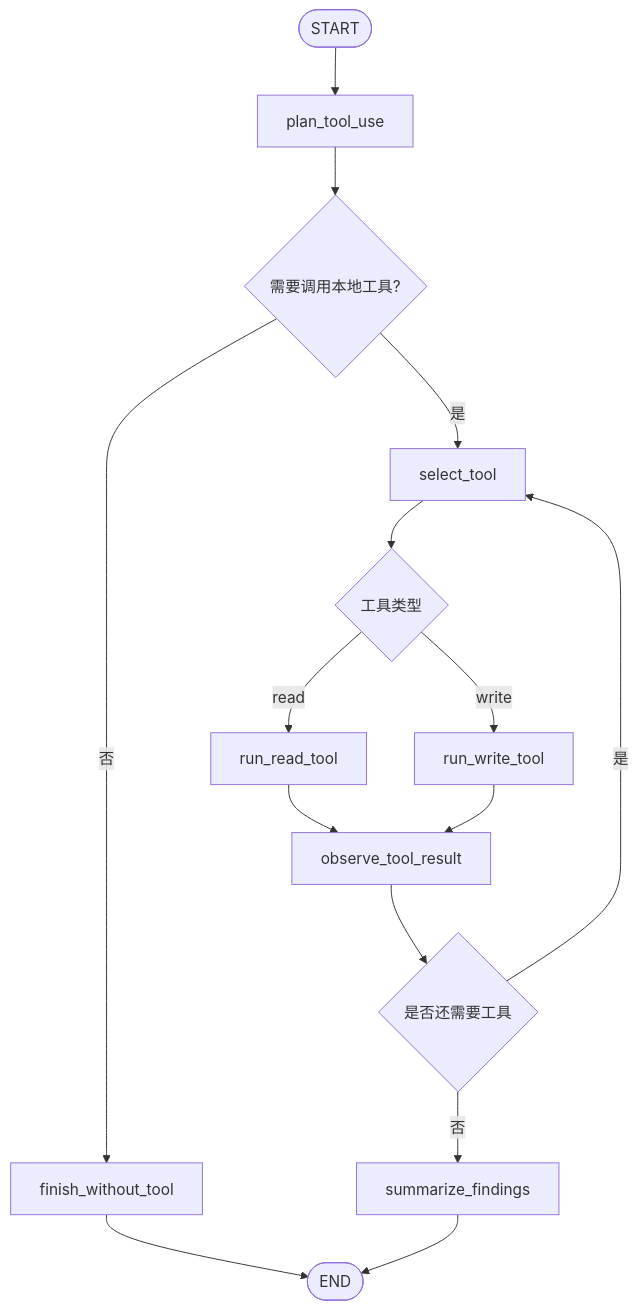
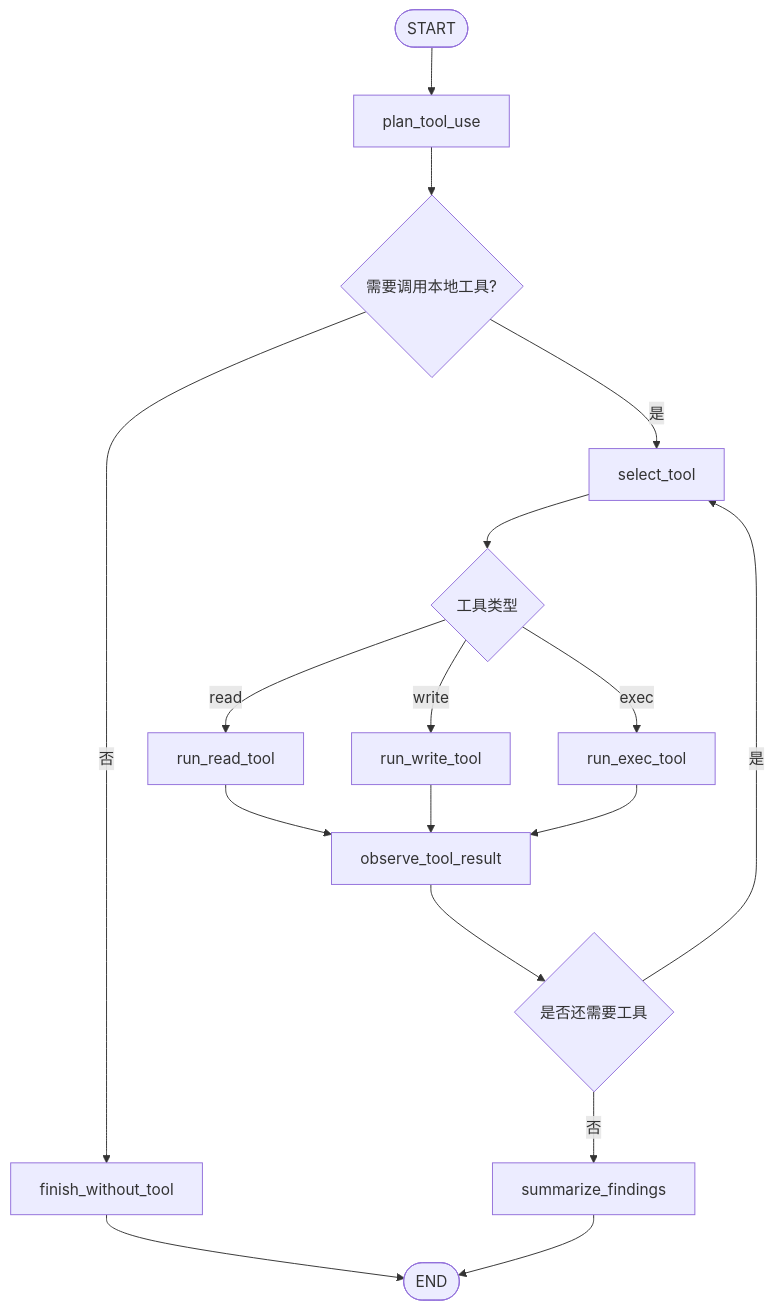
One commit to LiuJiaxuan1024/AiMemo changed the second of 2 diagrams in docs/agent/local-operator-agent.md. Above: the diagram before and after it, drawn with Mermaid. The commit also changed other lines of this file and 17 other files, not shown here.

Commit message:
add new tool: exec

````diff
--- a/docs/agent/local-operator-agent.md
+++ b/docs/agent/local-operator-agent.md
@@ -561,17 +562,19 @@
 ```mermaid
 flowchart TD
     Start([START]) --> Plan[plan_tool_use]
     Plan --> NeedTool{需要调用本地工具?}
     NeedTool -->|否| Finish[finish_without_tool]
     NeedTool -->|是| Select[select_tool]
     Select --> ToolType{工具类型}
     ToolType -->|read| RunRead[run_read_tool]
     ToolType -->|write| RunWrite[run_write_tool]
+    ToolType -->|exec| RunExec[run_exec_tool]
     RunRead --> Observe[observe_tool_result]
     RunWrite --> Observe
+    RunExec --> Observe
     Observe --> More{是否还需要工具}
     More -->|是| Select
     More -->|否| Summarize[summarize_findings]
     Finish --> End([END])
     Summarize --> End
 ```
````
